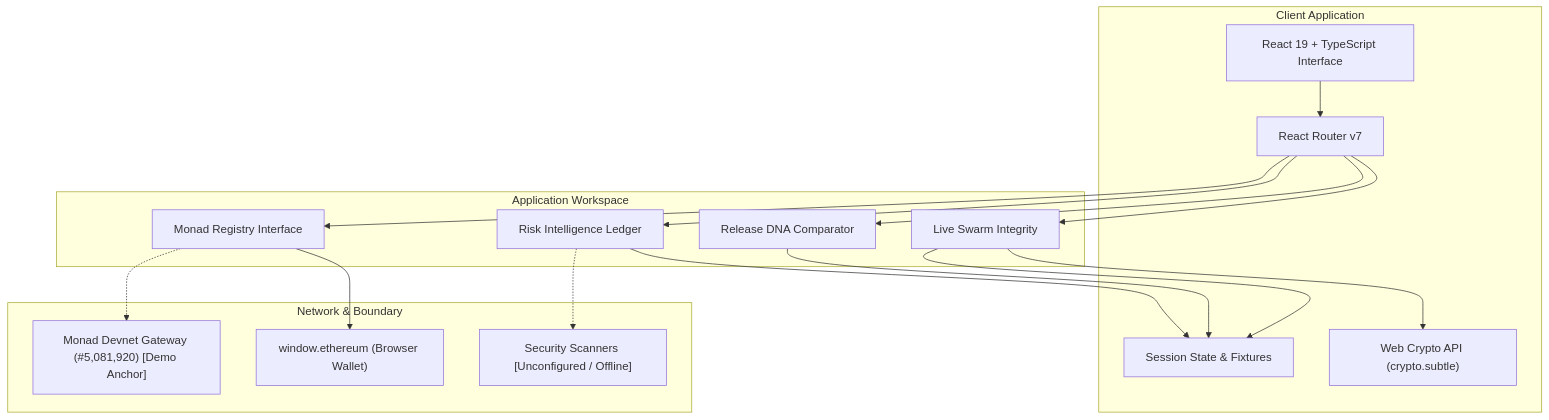
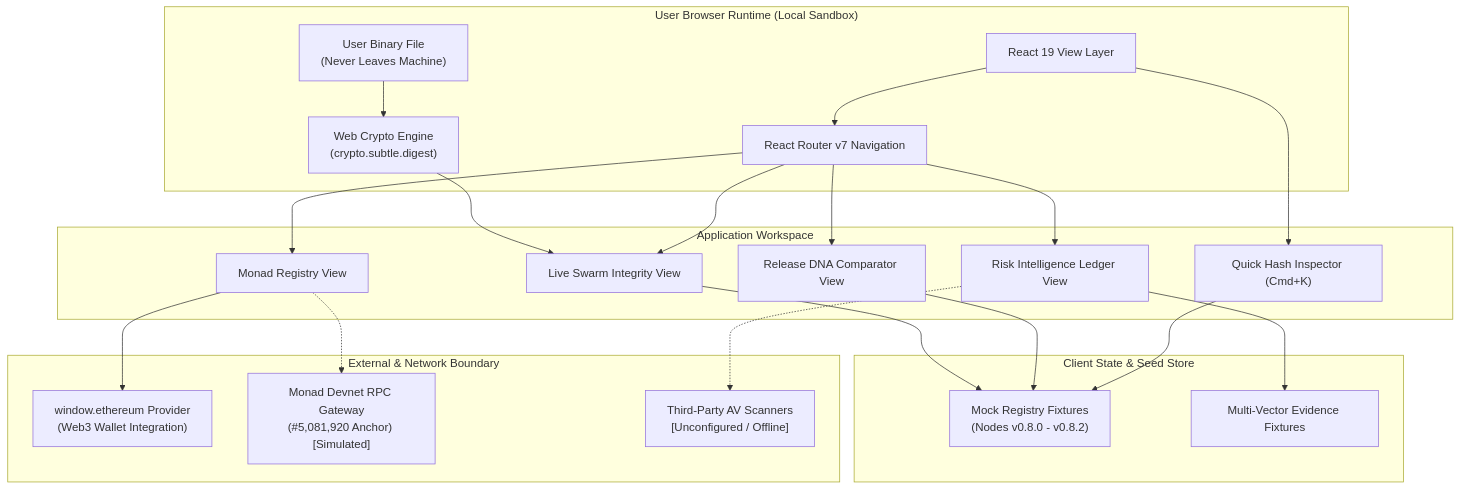
Before and after one commit to Shrysxs/monad-v3: the second of 3 diagrams in README.md, drawn with Mermaid. The commit also changed other lines of this file and 2 other files, not shown here.

````diff
--- a/README.md
+++ b/README.md
@@ -19,36 +166,46 @@
 ```mermaid
 graph TD
-    subgraph Client["Client Application"]
-        UI["React 19 + TypeScript Interface"]
-        Router["React Router v7"]
-        CryptoEngine["Web Crypto API (crypto.subtle)"]
-        State["Session State & Fixtures"]
+    subgraph Browser["User Browser Runtime (Local Sandbox)"]
+        UI["React 19 View Layer"]
+        Router["React Router v7 Navigation"]
+        WebCrypto["Web Crypto Engine\n(crypto.subtle.digest)"]
+        LocalFile["User Binary File\n(Never Leaves Machine)"]
     end
 
-    subgraph Views["Application Workspace"]
-        VerifyView["Live Swarm Integrity"]
-        DnaView["Release DNA Comparator"]
-        RiskView["Risk Intelligence Ledger"]
-        RegistryView["Monad Registry Interface"]
+    subgraph WorkspaceViews["Application Workspace"]
+        VerifyView["Live Swarm Integrity View"]
+        DnaView["Release DNA Comparator View"]
+        RiskView["Risk Intelligence Ledger View"]
+        RegistryView["Monad Registry View"]
+        LookupModal["Quick Hash Inspector (Cmd+K)"]
     end
 
-    subgraph Integrations["Network & Boundary"]
-        Web3Provider["window.ethereum (Browser Wallet)"]
-        MonadMock["Monad Devnet Gateway (#5,081,920) [Demo Anchor]"]
-        ExternalScanners["Security Scanners [Unconfigured / Offline]"]
+    subgraph DataLayer["Client State & Seed Store"]
+        MockRegistry["Mock Registry Fixtures\n(Nodes v0.8.0 - v0.8.2)"]
+        RiskStore["Multi-Vector Evidence Fixtures"]
     end
 
+    subgraph ExternalBoundary["External & Network Boundary"]
+        Ethereum["window.ethereum Provider\n(Web3 Wallet Integration)"]
+        MonadGateway["Monad Devnet RPC Gateway\n(#5,081,920 Anchor) [Simulated]"]
+        AVScanners["Third-Party AV Scanners\n[Unconfigured / Offline]"]
+    end
+
+    LocalFile --> WebCrypto
+    WebCrypto --> VerifyView
     UI --> Router
     Router --> VerifyView
     Router --> DnaView
     Router --> RiskView
     Router --> RegistryView
+    UI --> LookupModal
 
-    VerifyView --> CryptoEngine
-    VerifyView --> State
-    DnaView --> State
-    RiskView --> State
-    RegistryView --> Web3Provider
-    RegistryView -.-> MonadMock
-    RiskView -.-> ExternalScanners
+    VerifyView --> MockRegistry
+    DnaView --> MockRegistry
+    RiskView --> RiskStore
+    LookupModal --> MockRegistry
+
+    RegistryView --> Ethereum
+    RegistryView -.-> MonadGateway
+    RiskView -.-> AVScanners
 ```
````
